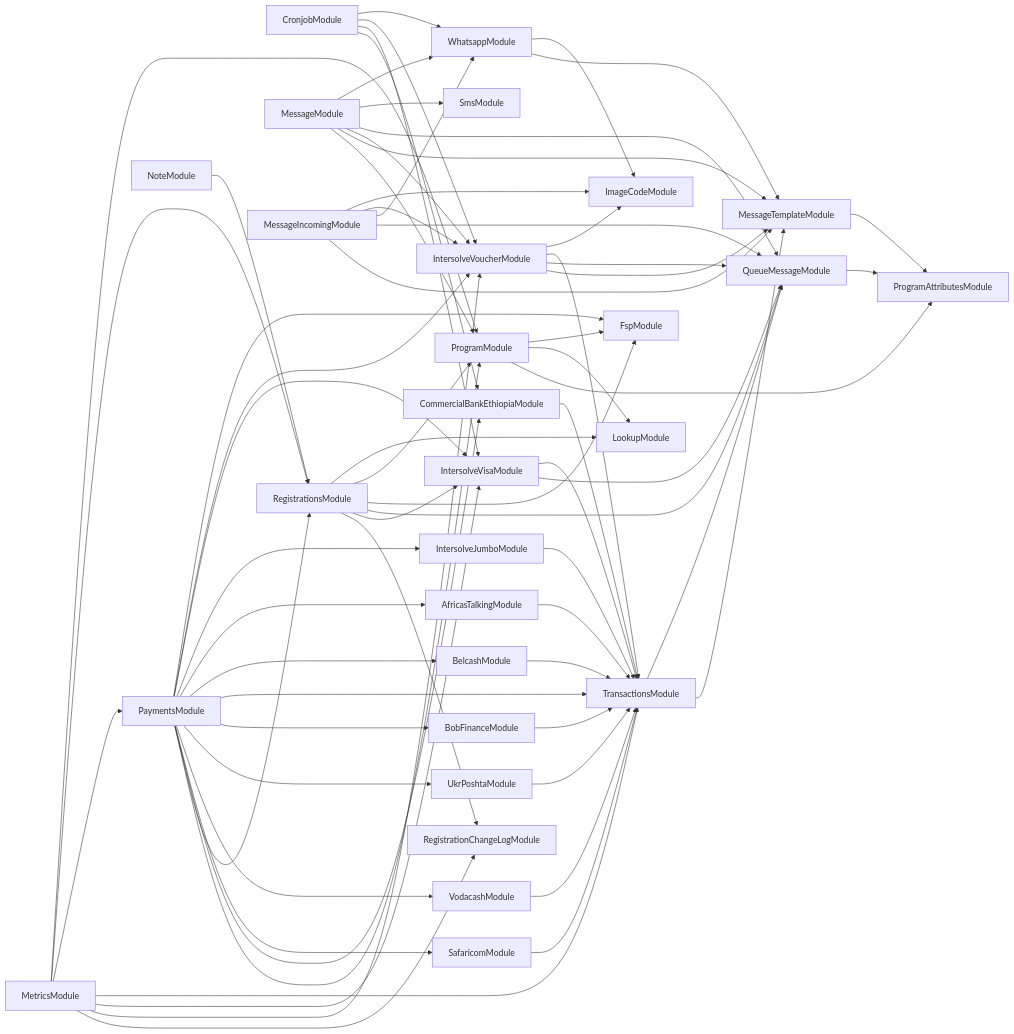
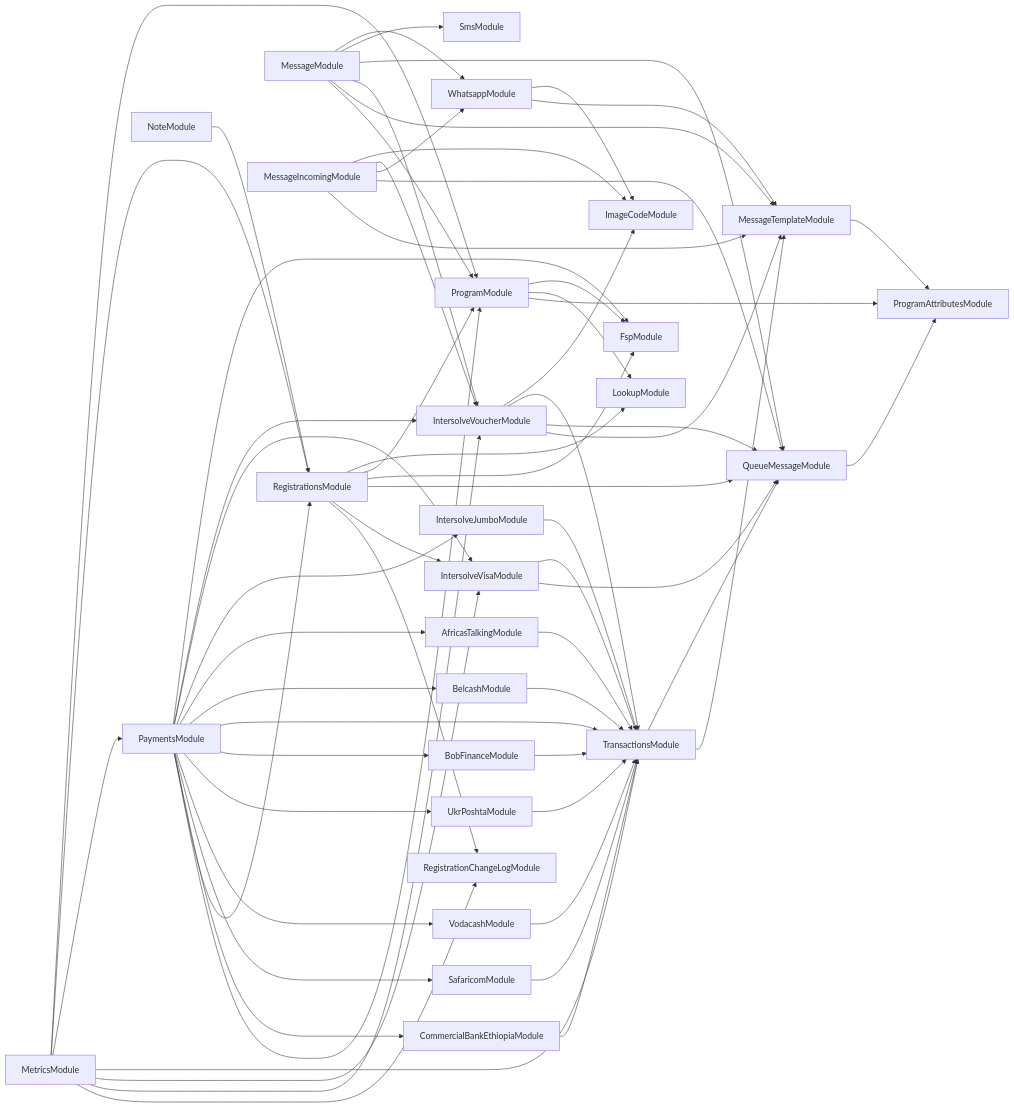
Before and after one commit to global-121/121-platform: the diagram in services/121-service/module-dependencies.md, drawn with Mermaid. The commit also changed 8 other files, not shown here.

````diff
--- a/services/121-service/module-dependencies.md
+++ b/services/121-service/module-dependencies.md
@@ -3,69 +3,65 @@
 ```mermaid
 graph LR
   ProgramModule-->FspModule
   ProgramModule-->LookupModule
   ProgramModule-->ProgramAttributesModule
   MessageTemplateModule-->ProgramAttributesModule
-  CronjobModule-->WhatsappModule
-  WhatsappModule-->ImageCodeModule
-  WhatsappModule-->MessageTemplateModule
-  CronjobModule-->IntersolveVoucherModule
-  IntersolveVoucherModule-->ImageCodeModule
-  IntersolveVoucherModule-->TransactionsModule
-  TransactionsModule-->QueueMessageModule
-  QueueMessageModule-->ProgramAttributesModule
-  TransactionsModule-->MessageTemplateModule
-  IntersolveVoucherModule-->QueueMessageModule
-  IntersolveVoucherModule-->MessageTemplateModule
-  CronjobModule-->IntersolveVisaModule
-  IntersolveVisaModule-->TransactionsModule
-  IntersolveVisaModule-->QueueMessageModule
-  CronjobModule-->CommercialBankEthiopiaModule
-  CommercialBankEthiopiaModule-->TransactionsModule
   RegistrationsModule-->LookupModule
   RegistrationsModule-->ProgramModule
   RegistrationsModule-->FspModule
   RegistrationsModule-->QueueMessageModule
+  QueueMessageModule-->ProgramAttributesModule
   RegistrationsModule-->IntersolveVisaModule
+  IntersolveVisaModule-->TransactionsModule
+  TransactionsModule-->QueueMessageModule
+  TransactionsModule-->MessageTemplateModule
+  IntersolveVisaModule-->QueueMessageModule
   RegistrationsModule-->RegistrationChangeLogModule
   MessageModule-->WhatsappModule
+  WhatsappModule-->ImageCodeModule
+  WhatsappModule-->MessageTemplateModule
   MessageModule-->SmsModule
   MessageModule-->QueueMessageModule
   MessageModule-->IntersolveVoucherModule
+  IntersolveVoucherModule-->ImageCodeModule
+  IntersolveVoucherModule-->TransactionsModule
+  IntersolveVoucherModule-->QueueMessageModule
+  IntersolveVoucherModule-->MessageTemplateModule
   MessageModule-->MessageTemplateModule
   MessageModule-->ProgramModule
   MetricsModule-->ProgramModule
   MetricsModule-->RegistrationsModule
   MetricsModule-->PaymentsModule
   PaymentsModule-->FspModule
   PaymentsModule-->IntersolveVoucherModule
   PaymentsModule-->IntersolveVisaModule
   PaymentsModule-->IntersolveJumboModule
   IntersolveJumboModule-->TransactionsModule
   PaymentsModule-->AfricasTalkingModule
   AfricasTalkingModule-->TransactionsModule
   PaymentsModule-->BelcashModule
   BelcashModule-->TransactionsModule
   PaymentsModule-->TransactionsModule
   PaymentsModule-->BobFinanceModule
   BobFinanceModule-->TransactionsModule
   PaymentsModule-->UkrPoshtaModule
   UkrPoshtaModule-->TransactionsModule
   PaymentsModule-->VodacashModule
   VodacashModule-->TransactionsModule
   PaymentsModule-->SafaricomModule
   SafaricomModule-->TransactionsModule
   PaymentsModule-->CommercialBankEthiopiaModule
+  CommercialBankEthiopiaModule-->TransactionsModule
   PaymentsModule-->RegistrationsModule
   PaymentsModule-->ProgramModule
   MetricsModule-->TransactionsModule
   MetricsModule-->IntersolveVisaModule
   MetricsModule-->IntersolveVoucherModule
   MetricsModule-->RegistrationChangeLogModule
   MessageIncomingModule-->ImageCodeModule
   MessageIncomingModule-->IntersolveVoucherModule
   MessageIncomingModule-->WhatsappModule
   MessageIncomingModule-->QueueMessageModule
   MessageIncomingModule-->MessageTemplateModule
   NoteModule-->RegistrationsModule
 ```
````
